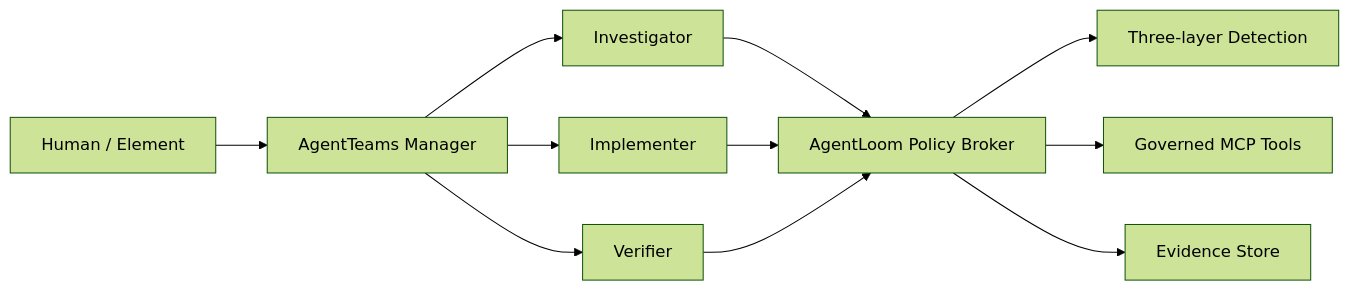
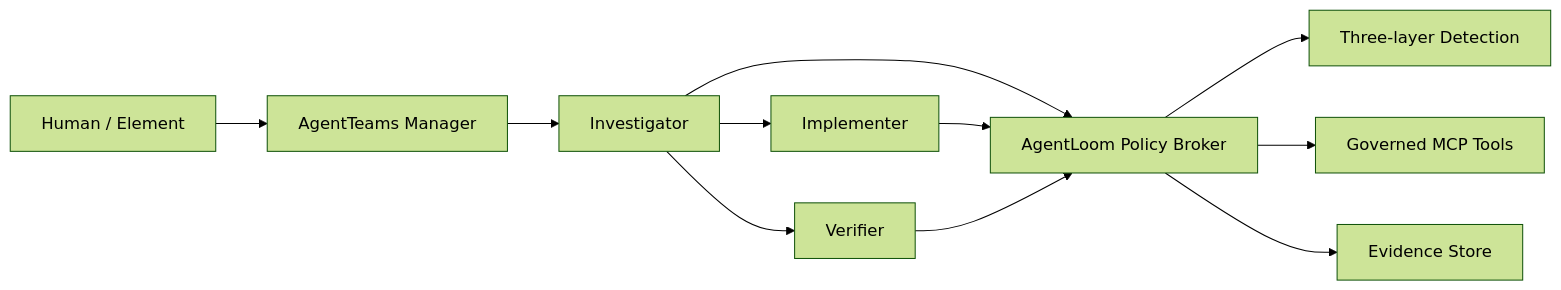
Before and after one commit to WilliamClifton-dev/AgentLoom: the diagram in README.md, drawn with Mermaid (forest theme). The commit also changed other lines of this file and 5 other files, not shown here.

````diff
--- a/README.md
+++ b/README.md
@@ -25,13 +26,13 @@
 ```mermaid
 flowchart LR
     Human["Human / Element"] --> Manager["AgentTeams Manager"]
     Manager --> Investigator["Investigator"]
-    Manager --> Implementer["Implementer"]
-    Manager --> Verifier["Verifier"]
+    Investigator --> Implementer["Implementer"]
+    Investigator --> Verifier["Verifier"]
     Investigator --> Broker["AgentLoom Policy Broker"]
     Implementer --> Broker
     Verifier --> Broker
     Broker --> Detect["Three-layer Detection"]
     Broker --> MCP["Governed MCP Tools"]
     Broker --> Evidence["Evidence Store"]
 ```
````
